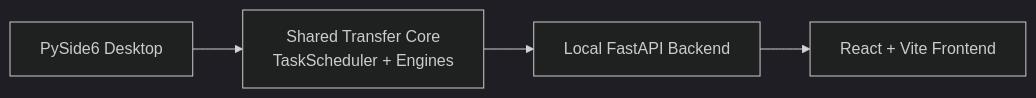
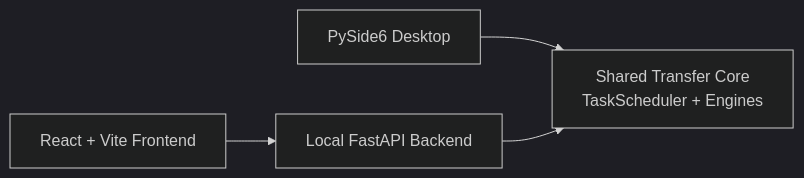
The diagram in README.md (lllllllama/SSHFerry), drawn with Mermaid (dark theme) before and after one commit. The commit also changed other lines of this file and 1 other file, not shown here.

````diff
--- a/README.md
+++ b/README.md
@@ -43,6 +45,6 @@
 ```mermaid
 flowchart LR
     A[PySide6 Desktop] --> B[Shared Transfer Core<br/>TaskScheduler + Engines]
-    B --> C[Local FastAPI Backend]
-    C --> D[React + Vite Frontend]
+    C[Local FastAPI Backend] --> B
+    D[React + Vite Frontend] --> C
 ```
````
